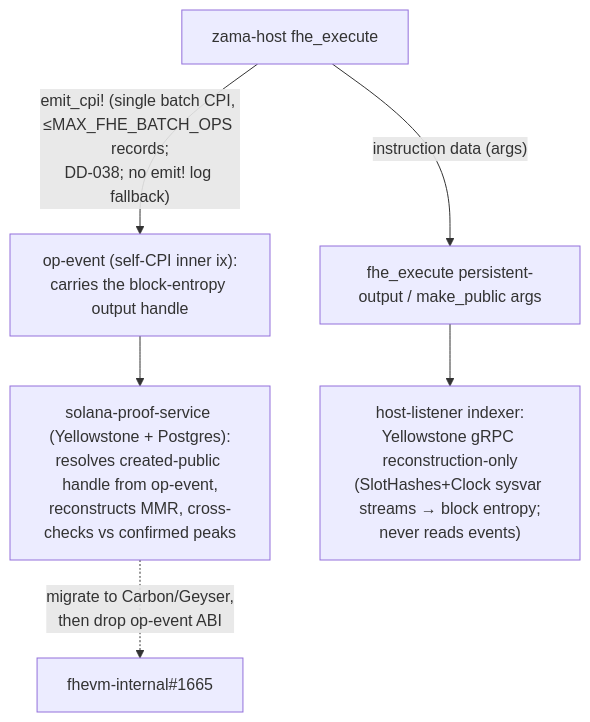
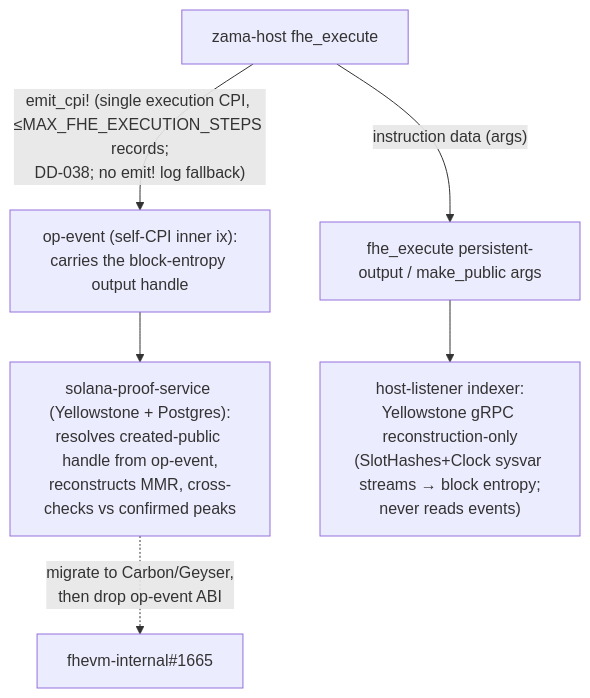
Before and after one commit to zama-ai/fhevm: the sixth of 6 diagrams in solana/docs/MMR_ACL_MVP.md, drawn with Mermaid. The commit also changed other lines of this file and 68 other files, not shown here.

````diff
--- a/solana/docs/MMR_ACL_MVP.md
+++ b/solana/docs/MMR_ACL_MVP.md
@@ -173,8 +173,8 @@
 ```mermaid
 flowchart TD
-    prog["zama-host fhe_execute"] -->|"emit_cpi! (single batch CPI, ≤MAX_FHE_BATCH_OPS records;<br/>DD-038; no emit! log fallback)"| ev["op-event (self-CPI inner ix):<br/>carries the block-entropy output handle"]
+    prog["zama-host fhe_execute"] -->|"emit_cpi! (single execution CPI, ≤MAX_FHE_EXECUTION_STEPS records;<br/>DD-038; no emit! log fallback)"| ev["op-event (self-CPI inner ix):<br/>carries the block-entropy output handle"]
     prog -->|"instruction data (args)"| ix["fhe_execute persistent-output / make_public args"]
     ev --> proofsvc["solana-proof-service (Yellowstone + Postgres):<br/>resolves created-public handle from op-event,<br/>reconstructs MMR, cross-checks vs confirmed peaks"]
     ix --> listener["host-listener indexer:<br/>Yellowstone gRPC reconstruction-only<br/>(SlotHashes+Clock sysvar streams → block entropy;<br/>never reads events)"]
     proofsvc -.->|"migrate to Carbon/Geyser,<br/>then drop op-event ABI"| followup["fhevm-internal#1665"]
 ```
````
